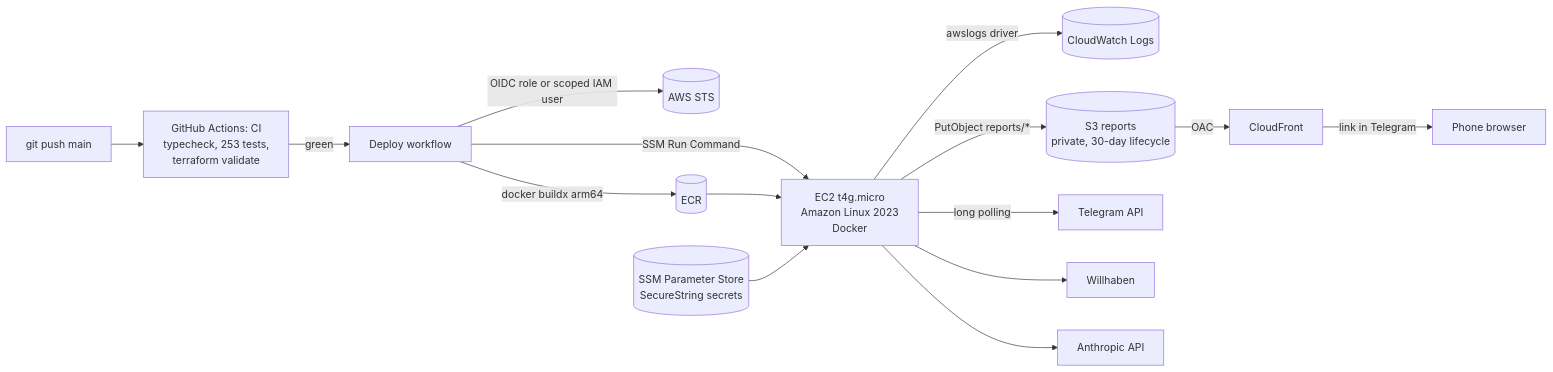
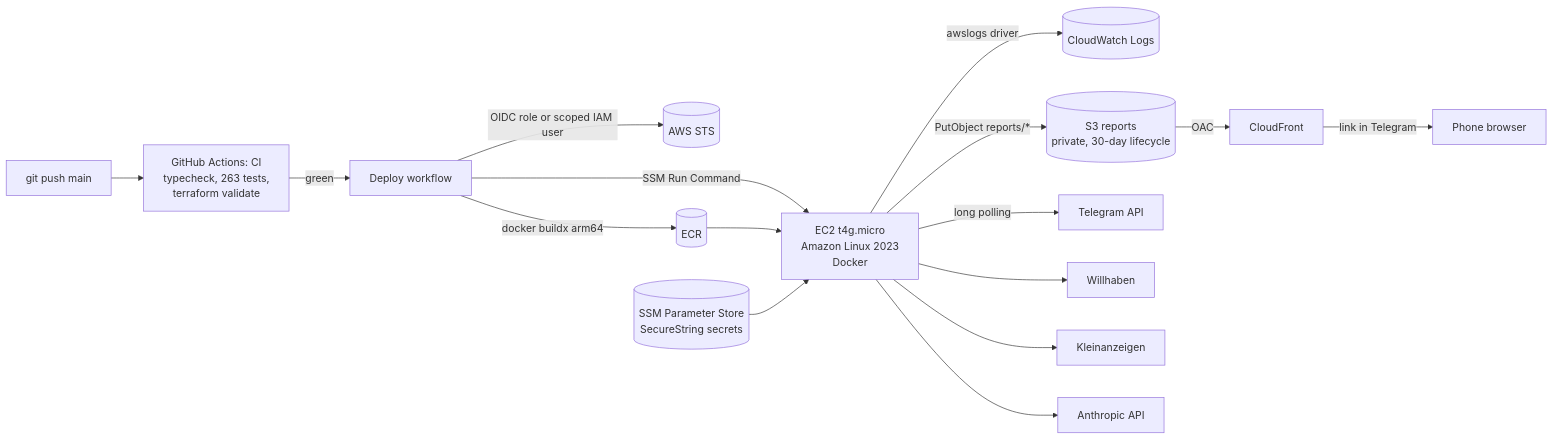
The diagram in docs/aws.md (IvanSytnik/dealradar), drawn with Mermaid before and after one commit.

Commit message:
docs(aws): current test count, Kleinanzeigen in the deployment diagram

````diff
--- a/docs/aws.md
+++ b/docs/aws.md
@@ -6,16 +6,17 @@
 ```mermaid
 flowchart LR
-  dev[git push main] --> ci[GitHub Actions: CI<br/>typecheck, 253 tests,<br/>terraform validate]
+  dev[git push main] --> ci[GitHub Actions: CI<br/>typecheck, 263 tests,<br/>terraform validate]
   ci -->|green| cd[Deploy workflow]
   cd -->|OIDC role or scoped IAM user| sts[(AWS STS)]
   cd -->|docker buildx arm64| ecr[(ECR)]
   cd -->|SSM Run Command| ec2[EC2 t4g.micro<br/>Amazon Linux 2023<br/>Docker]
   ecr --> ec2
   ssm[(SSM Parameter Store<br/>SecureString secrets)] --> ec2
   ec2 -->|awslogs driver| cw[(CloudWatch Logs)]
   ec2 -->|PutObject reports/*| s3[(S3 reports<br/>private, 30-day lifecycle)]
   s3 -->|OAC| cf[CloudFront] -->|link in Telegram| user[Phone browser]
   ec2 -->|long polling| tg[Telegram API]
   ec2 --> wh[Willhaben]
+  ec2 --> ka[Kleinanzeigen]
   ec2 --> ai[Anthropic API]
 ```
````
